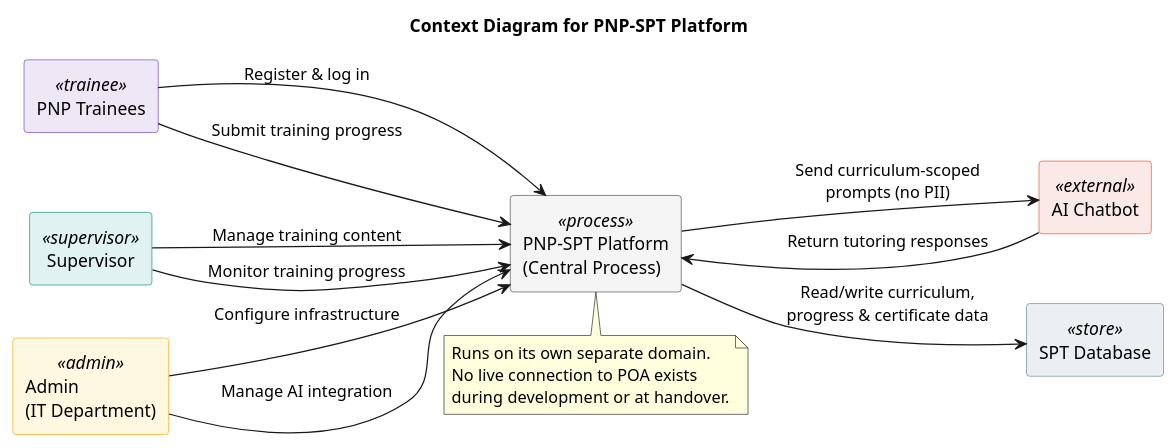
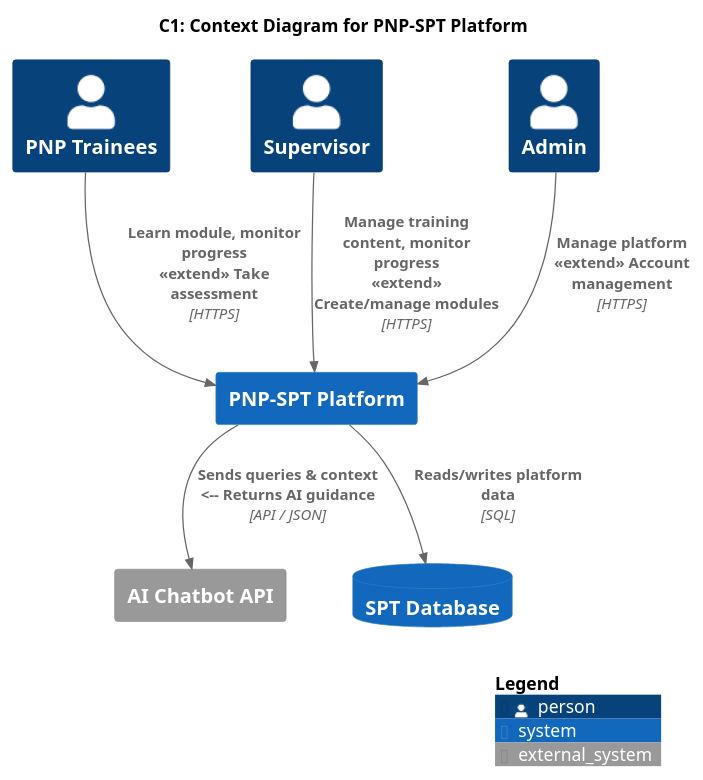
Before and after one commit to APC-SoCIT/APC-2026-2027-T1-IT241-Grp4-PNP-SPT-Platform: the diagram in docs/MSYADD1/c1_context.puml, drawn with PlantUML.

Commit message:
Revised context diagram for PNP-SPT Platform

```diff
--- a/docs/MSYADD1/c1_context.puml
+++ b/docs/MSYADD1/c1_context.puml
@@ -1,46 +1,29 @@
-@startuml Context_Diagram_for_PNP-SPT_Platform
-left to right direction
-skinparam rectangle {
-  BackgroundColor<<process>> #F5F5F5
-  BorderColor<<process>> #424242
-  BackgroundColor<<trainee>> #EDE7F6
-  BorderColor<<trainee>> #673AB7
-  BackgroundColor<<supervisor>> #E0F2F1
-  BorderColor<<supervisor>> #00897B
-  BackgroundColor<<admin>> #FFF8E1
-  BorderColor<<admin>> #FFA000
-  BackgroundColor<<external>> #FBE9E7
-  BorderColor<<external>> #E64A19
-  BackgroundColor<<store>> #ECEFF1
-  BorderColor<<store>> #607D8B
-}
+@startuml System_Context_Diagram_for_PNP-SPT_Platform
+!include https://raw.githubusercontent.com/plantuml-stdlib/C4-PlantUML/master/C4_Context.puml
 
-title Context Diagram for PNP-SPT Platform
+LAYOUT_TOP_DOWN()
+LAYOUT_WITH_LEGEND()
 
-rectangle "PNP Trainees" as trainees <<trainee>>
-rectangle "Supervisor" as supervisor <<supervisor>>
-rectangle "Admin\n(IT Department)" as admin <<admin>>
-rectangle "AI Chatbot" as aiChatbot <<external>>
-rectangle "SPT Database" as sptDb <<store>>
+title C1: Context Diagram for PNP-SPT Platform
 
-rectangle "PNP-SPT Platform\n(Central Process)" as sptPlatform <<process>>
+Person(trainees, "PNP Trainees")
+Person(supervisor, "Supervisor")
+Person(admin, "Admin")
 
-trainees --> sptPlatform : Register & log in
-trainees --> sptPlatform : Submit training progress
-supervisor --> sptPlatform : Manage training content
-supervisor --> sptPlatform : Monitor training progress
-admin --> sptPlatform : Configure infrastructure
-admin --> sptPlatform : Manage AI integration
+System(sptPlatform, "PNP-SPT Platform")
+System_Ext(aiChatbot, "AI Chatbot API")
+SystemDb(sptDb, "SPT Database")
 
-sptPlatform --> aiChatbot : Send curriculum-scoped\nprompts (no PII)
-aiChatbot --> sptPlatform : Return tutoring responses
+' Users to System (Combined Core and Extended Use Cases)
+Rel(trainees, sptPlatform, "Learn module, monitor progress\n<<extend>> Take assessment", "HTTPS")
+Rel(supervisor, sptPlatform, "Manage training content, monitor progress\n<<extend>> Create/manage modules", "HTTPS")
+Rel(admin, sptPlatform, "Manage platform\n<<extend>> Account management", "HTTPS")
 
-sptPlatform --> sptDb : Read/write curriculum,\nprogress & certificate data
+' System to External AI (Combined Send/Receive)
+Rel(sptPlatform, aiChatbot, "Sends queries & context\n<-- Returns AI guidance", "API / JSON")
 
-note bottom of sptPlatform
-  Runs on its own separate domain.
-  No live connection to POA exists
-  during development or at handover.
-end note
+' System to Database
+Rel(sptPlatform, sptDb, "Reads/writes platform data", "SQL")
 
+SHOW_LEGEND()
 @enduml
```
